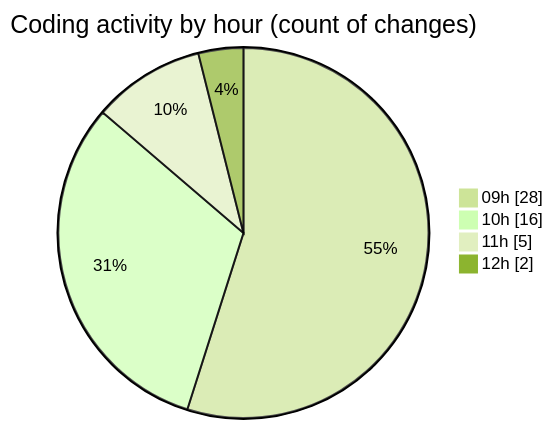
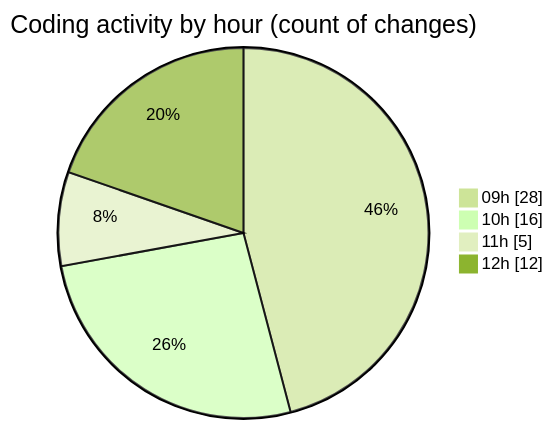
The second of 2 diagrams in 2026-04-24/cda/README.md (momahboobian/code-tracking), drawn with Mermaid (forest theme) before and after one commit. The commit also changed other lines of this file and 1 other file, not shown here.

````diff
--- a/2026-04-24/cda/README.md
+++ b/2026-04-24/cda/README.md
@@ -50,8 +52,8 @@
 ```mermaid
 pie showData
 title Coding activity by hour (count of changes)
 "09h" : 28
 "10h" : 16
 "11h" : 5
-"12h" : 2
+"12h" : 12
 ```
````
